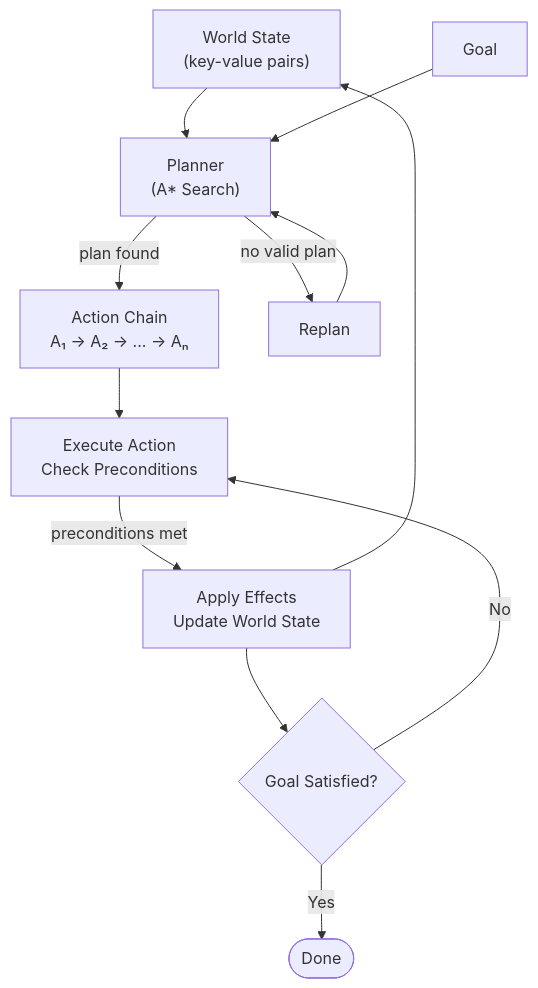
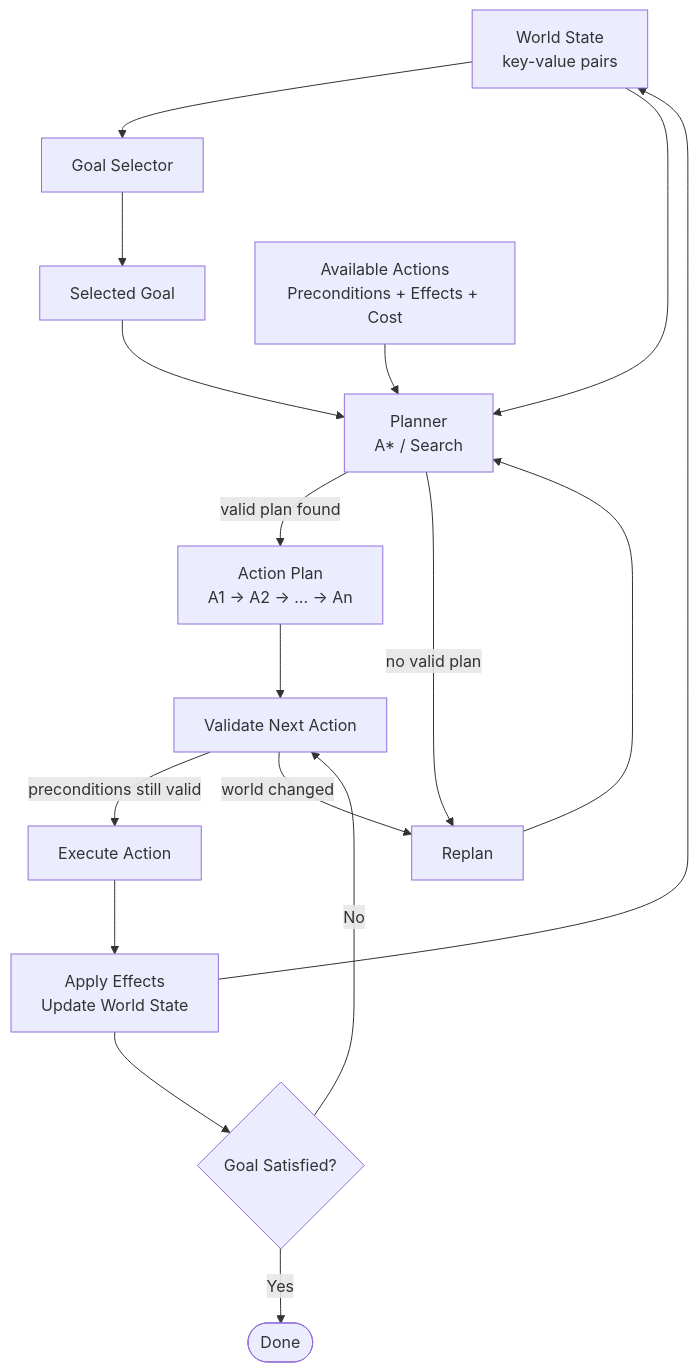
One commit to AndersonGACFilho/htn-goap-morl-agent changed the diagram in docs/annotations/GoalOrientedActionPlanning.md. Above: the diagram before and after it, drawn with Mermaid. The commit also changed other lines of this file, not shown here.

First line of the commit message:
docs(goap): expand and structure Goal Oriented Action Planning notes

````diff
--- a/docs/annotations/GoalOrientedActionPlanning.md
+++ b/docs/annotations/GoalOrientedActionPlanning.md
@@ -26,24 +403,38 @@
 ```mermaid
 flowchart TD
-    WS["World State\n(key-value pairs)"]
-    G["Goal"]
-    P["Planner\n(A* Search)"]
-    AC["Action Chain\nA₁ → A₂ → ... → Aₙ"]
-    EXEC["Execute Action\nCheck Preconditions"]
+    WS["World State\nkey-value pairs"]
+    GS["Goal Selector"]
+    G["Selected Goal"]
+    A["Available Actions\nPreconditions + Effects + Cost"]
+    P["Planner\nA* / Search"]
+    PLAN["Action Plan\nA1 → A2 → ... → An"]
+    V["Validate Next Action"]
+    E["Execute Action"]
     FX["Apply Effects\nUpdate World State"]
-    CHK{Goal Satisfied?}
+    CHECK{Goal Satisfied?}
+    REPLAN["Replan"]
     DONE([Done])
-    FAIL[Replan]
+
+    WS --> GS
+    GS --> G
 
     WS --> P
     G --> P
-    P -->|plan found| AC
-    P -->|no valid plan| FAIL
-    FAIL --> P
-    AC --> EXEC
-    EXEC -->|preconditions met| FX
+    A --> P
+
+    P -->|valid plan found| PLAN
+    P -->|no valid plan| REPLAN
+
+    PLAN --> V
+    V -->|preconditions still valid| E
+    V -->|world changed| REPLAN
+
+    E --> FX
     FX --> WS
-    FX --> CHK
-    CHK -->|Yes| DONE
-    CHK -->|No| EXEC
+    FX --> CHECK
+
+    CHECK -->|Yes| DONE
+    CHECK -->|No| V
+
+    REPLAN --> P
 ```
````
